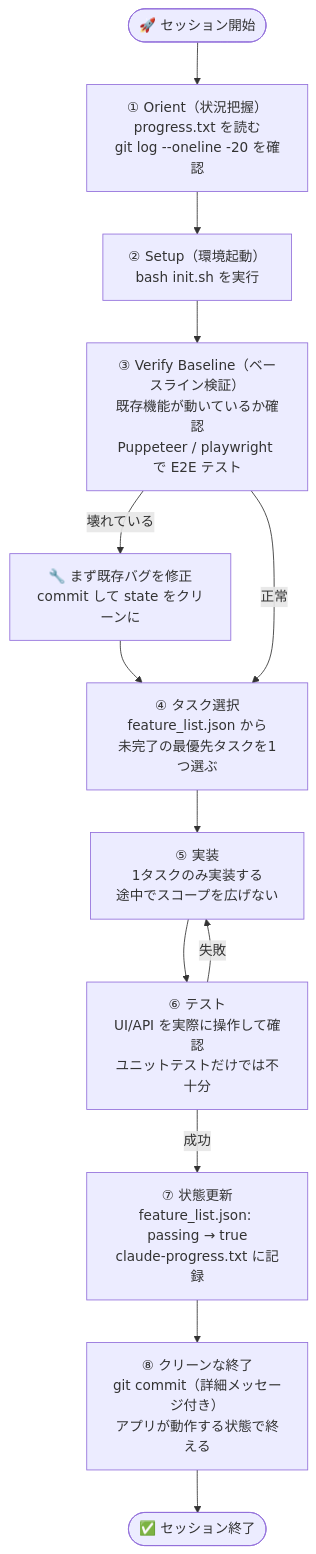
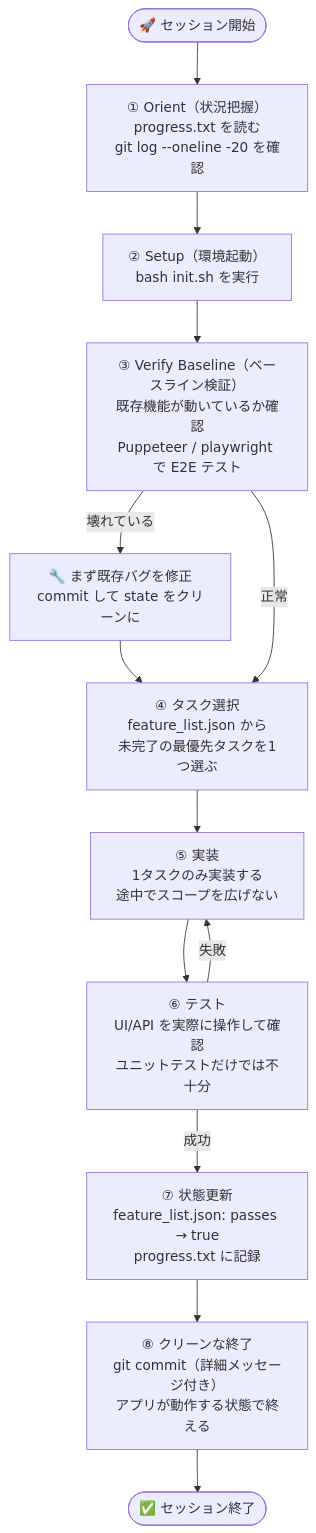
The sixth of 12 diagrams in harness-engineering-complete-guide.md (myoshi2891/Comparison-of-LLMs), drawn with Mermaid before and after one commit. The commit also changed other lines of this file and 3 other files, not shown here.

Commit message:
docs(harness): rename progress log to progress.txt and add Netlify redirects

````diff
--- a/harness-engineering-complete-guide.md
+++ b/harness-engineering-complete-guide.md
@@ -223,22 +223,22 @@
 ```mermaid
 flowchart TD
     START([🚀 セッション開始]) --> O
 
     O["① Orient（状況把握）\nprogress.txt を読む\ngit log --oneline -20 を確認"]
     --> S["② Setup（環境起動）\nbash init.sh を実行"]
     --> V["③ Verify Baseline（ベースライン検証）\n既存機能が動いているか確認\nPuppeteer / playwright で E2E テスト"]
 
     V -->|壊れている| FIX["🔧 まず既存バグを修正\ncommit して state をクリーンに"]
     FIX --> SELECT
 
     V -->|正常| SELECT
 
     SELECT["④ タスク選択\nfeature_list.json から\n未完了の最優先タスクを1つ選ぶ"]
     --> IMPL["⑤ 実装\n1タスクのみ実装する\n途中でスコープを広げない"]
     --> TEST["⑥ テスト\nUI/API を実際に操作して確認\nユニットテストだけでは不十分"]
 
     TEST -->|失敗| IMPL
-    TEST -->|成功| UPD["⑦ 状態更新\nfeature_list.json: passing → true\nclaude-progress.txt に記録"]
+    TEST -->|成功| UPD["⑦ 状態更新\nfeature_list.json: passes → true\nprogress.txt に記録"]
     --> COMMIT["⑧ クリーンな終了\ngit commit（詳細メッセージ付き）\nアプリが動作する状態で終える"]
     --> END([✅ セッション終了])
 ```
````
